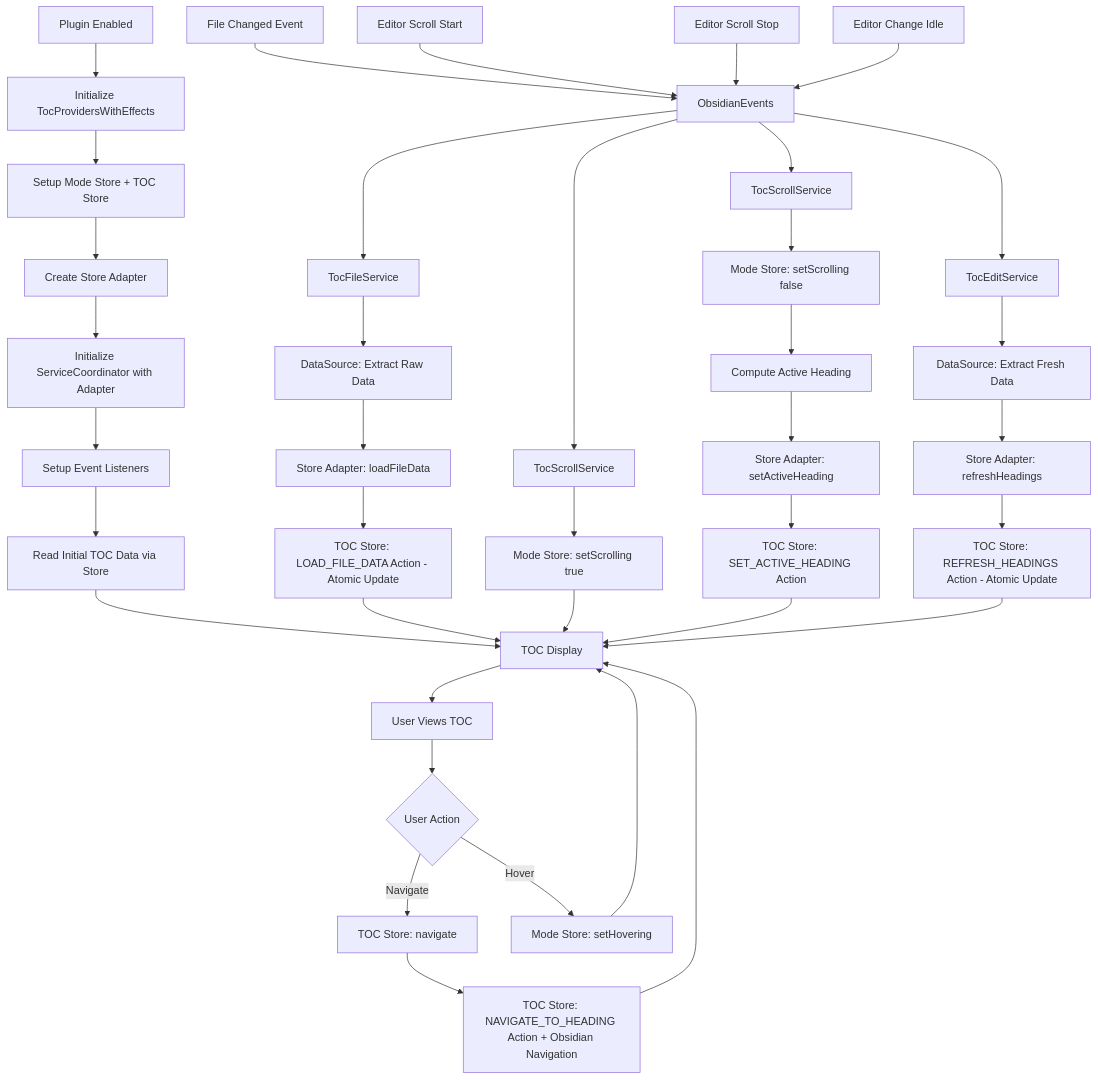
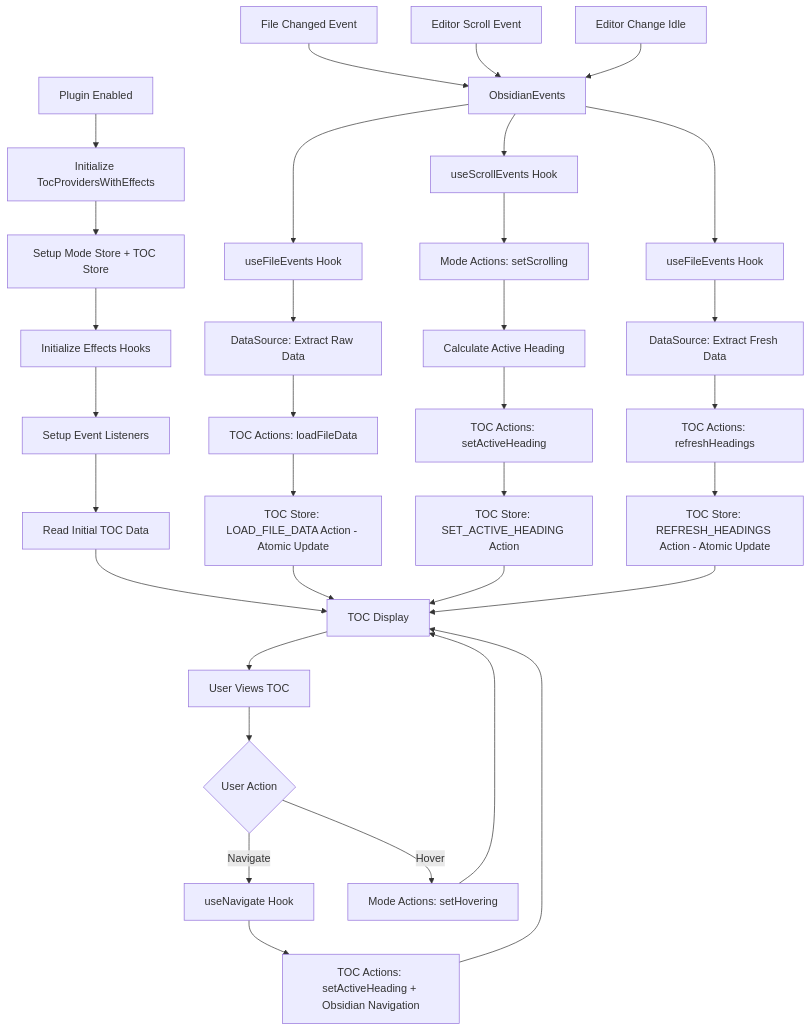
One commit to liux4989/MDViewer changed the diagram in doc/specs/float_toc/architecture.md. Above: the diagram before and after it, drawn with Mermaid. The commit also changed other lines of this file and 6 other files, not shown here.

````diff
--- a/doc/specs/float_toc/architecture.md
+++ b/doc/specs/float_toc/architecture.md
@@ -286,45 +219,39 @@
 ```mermaid
 flowchart TD
     A[Plugin Enabled] --> B[Initialize TocProvidersWithEffects]
     B --> C[Setup Mode Store + TOC Store]
-    C --> D[Create Store Adapter]
-    D --> E[Initialize ServiceCoordinator with Adapter]
-    E --> F[Setup Event Listeners]
-    F --> G[Read Initial TOC Data via Store]
-    G --> H[TOC Display]
+    C --> D[Initialize Effects Hooks]
+    D --> E[Setup Event Listeners]
+    E --> F[Read Initial TOC Data]
+    F --> G[TOC Display]
 
-    I[File Changed Event] --> J[ObsidianEvents]
-    J --> K[TocFileService]
-    K --> L[DataSource: Extract Raw Data]
-    L --> M[Store Adapter: loadFileData]
-    M --> N[TOC Store: LOAD_FILE_DATA Action - Atomic Update]
-    N --> H
+    H[File Changed Event] --> I[ObsidianEvents]
+    I --> J[useFileEvents Hook]
+    J --> K[DataSource: Extract Raw Data]
+    K --> L[TOC Actions: loadFileData]
+    L --> M[TOC Store: LOAD_FILE_DATA Action - Atomic Update]
+    M --> G
 
-    O[Editor Scroll Start] --> J
-    J --> P[TocScrollService]
-    P --> Q[Mode Store: setScrolling true]
-    Q --> H
+    N[Editor Scroll Event] --> I
+    I --> O[useScrollEvents Hook]
+    O --> P[Mode Actions: setScrolling]
+    P --> Q[Calculate Active Heading]
+    Q --> R[TOC Actions: setActiveHeading]
+    R --> S[TOC Store: SET_ACTIVE_HEADING Action]
+    S --> G
 
-    R[Editor Scroll Stop] --> J
-    J --> S[TocScrollService]
-    S --> T[Mode Store: setScrolling false]
-    T --> U[Compute Active Heading]
-    U --> V[Store Adapter: setActiveHeading]
-    V --> W[TOC Store: SET_ACTIVE_HEADING Action]
-    W --> H
+    T[Editor Change Idle] --> I
+    I --> U[useFileEvents Hook]
+    U --> V[DataSource: Extract Fresh Data]
+    V --> W[TOC Actions: refreshHeadings]
+    W --> X[TOC Store: REFRESH_HEADINGS Action - Atomic Update]
+    X --> G
 
-    X[Editor Change Idle] --> J
-    J --> Y[TocEditService]
-    Y --> Z[DataSource: Extract Fresh Data]
-    Z --> AA[Store Adapter: refreshHeadings]
-    AA --> BB[TOC Store: REFRESH_HEADINGS Action - Atomic Update]
-    BB --> H
-
-    H --> CC[User Views TOC]
-    CC --> DD{User Action}
-    DD -->|Navigate| EE[TOC Store: navigate]
-    DD -->|Hover| FF[Mode Store: setHovering]
-    EE --> GG[TOC Store: NAVIGATE_TO_HEADING Action + Obsidian Navigation]
-    GG --> H
-    FF --> H
+    G --> Y[User Views TOC]
+    Y --> Z{User Action}
+    Z -->|Navigate| AA[useNavigate Hook]
+    Z -->|Hover| BB[Mode Actions: setHovering]
+    AA --> CC[TOC Actions: setActiveHeading + Obsidian Navigation]
+    CC --> G
+    BB --> G
 ```
````
